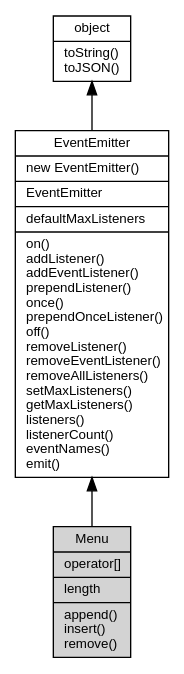
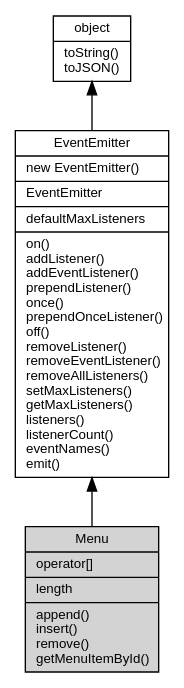
The diagram in docs/manual/object/ifs/Menu.md (fibjs/fibjs.org), drawn with Graphviz before and after one commit. The commit also changed other lines of this file and 3 other files, not shown here.

````diff
--- a/docs/manual/object/ifs/Menu.md
+++ b/docs/manual/object/ifs/Menu.md
@@ -180,12 +180,12 @@
 ```dot
 digraph {
     node [fontname="Helvetica,sans-Serif", fontsize=10, shape="record", style="filled", fillcolor="white"];
 
     object [tooltip="object", URL="object.md", label="{object|toString()\ltoJSON()\l}"];
     EventEmitter [tooltip="EventEmitter", URL="EventEmitter.md", label="{EventEmitter|new EventEmitter()\l|EventEmitter\l|defaultMaxListeners\l|on()\laddListener()\laddEventListener()\lprependListener()\lonce()\lprependOnceListener()\loff()\lremoveListener()\lremoveEventListener()\lremoveAllListeners()\lsetMaxListeners()\lgetMaxListeners()\llisteners()\llistenerCount()\leventNames()\lemit()\l}"];
-    Menu [tooltip="Menu", fillcolor="lightgray", id="me", label="{Menu|operator[]\l|length\l|append()\linsert()\lremove()\l}"];
+    Menu [tooltip="Menu", fillcolor="lightgray", id="me", label="{Menu|operator[]\l|length\l|append()\linsert()\lremove()\lgetMenuItemById()\l}"];
 
     object -> EventEmitter [dir=back];
     EventEmitter -> Menu [dir=back];
 }
 ```
````
